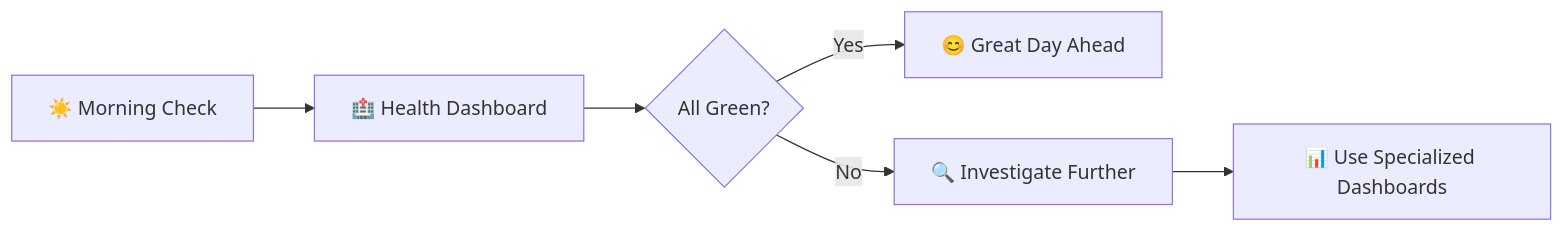
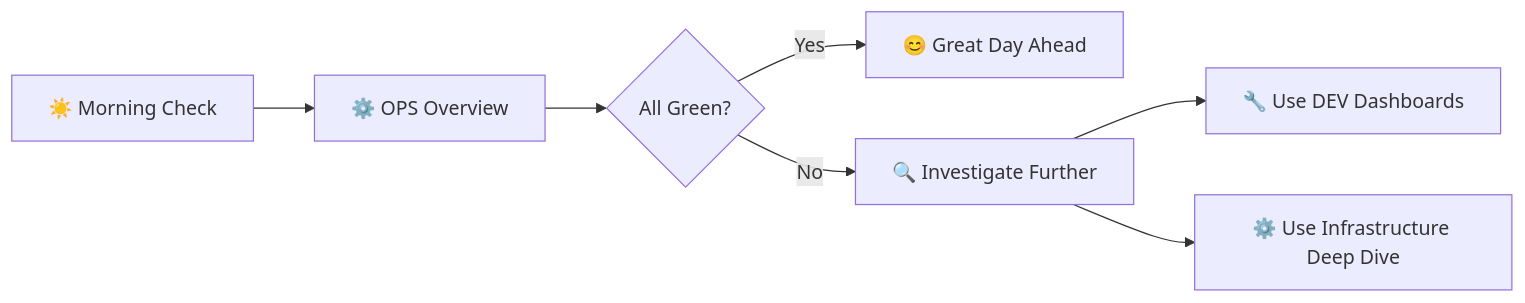
The fifth of 26 diagrams in GRAFANA.md (gsinghjay/mvp_qr_gen), drawn with Mermaid before and after one commit. The commit also changed other lines of this file, not shown here.

Commit message:
docs: update GRAFANA.md with streamlined 7-dashboard architecture

````diff
--- a/GRAFANA.md
+++ b/GRAFANA.md
@@ -166,8 +210,9 @@
 ```mermaid
 graph LR
-    A[☀️ Morning Check] --> B[🏥 Health Dashboard]
+    A[☀️ Morning Check] --> B[⚙️ OPS Overview]
     B --> C{All Green?}
     C -->|Yes| D[😊 Great Day Ahead]
     C -->|No| E[🔍 Investigate Further]
-    E --> F[📊 Use Specialized Dashboards]
+    E --> F[🔧 Use DEV Dashboards]
+    E --> G[⚙️ Use Infrastructure Deep Dive]
 ```
````
